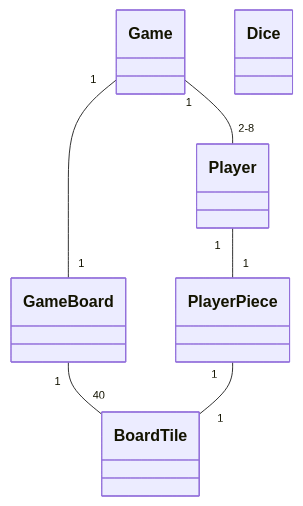
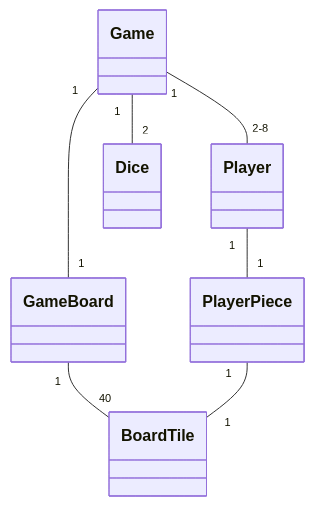
The diagram in laskarit/viikko3/tehtava1.md (Piketulus/SudokuTrainer), drawn with Mermaid before and after one commit.

````diff
--- a/laskarit/viikko3/tehtava1.md
+++ b/laskarit/viikko3/tehtava1.md
@@ -1,22 +1,23 @@
 ```mermaid
  classDiagram
       Game "1" -- "2-8" Player
+      Game "1" -- "2" Dice
       Game "1" -- "1" GameBoard
       Player "1" -- "1" PlayerPiece
       GameBoard "1" -- "40" BoardTile
       PlayerPiece "1" -- "1" BoardTile
       
       
       class Game{
       }
       class Dice{
       }
       class Player{
       }
       class PlayerPiece{
       }
       class GameBoard{
       }
       class BoardTile{
       }
 ```
````
